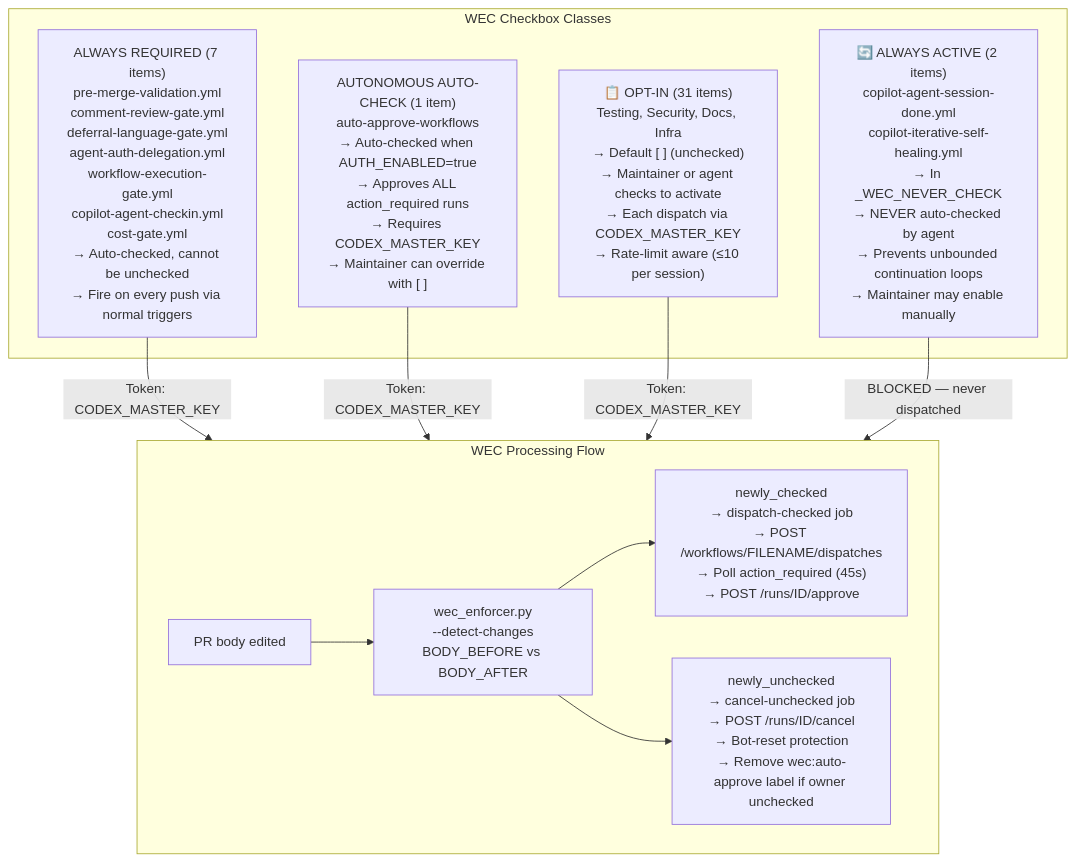
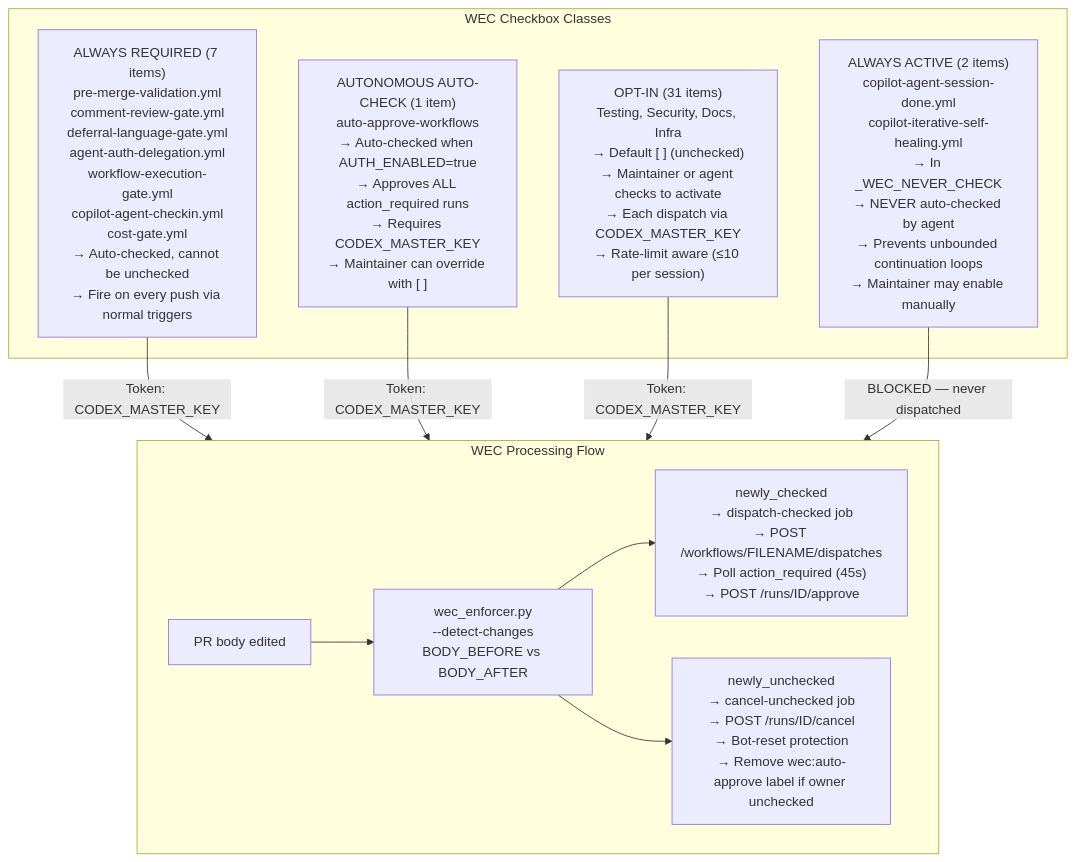
The fourth of 12 diagrams in docs/plans/AUTONOMOUS_PRIVILEGE_ARCHITECTURE.md (Aries-Serpent/_codex_), drawn with Mermaid before and after one commit. The commit also changed other lines of this file and 1989 other files, not shown here.

````diff
--- a/docs/plans/AUTONOMOUS_PRIVILEGE_ARCHITECTURE.md
+++ b/docs/plans/AUTONOMOUS_PRIVILEGE_ARCHITECTURE.md
@@ -150,23 +150,23 @@
 ```mermaid
 %%{init: {'accessibility': {'title': 'Flowchart showing "WEC Checkbox Classes", " ALWAYS REQUIRED (7 items)\npre-merge-validation.yml\ncomment-review-gate.yml\ndeferral-language-gate.yml\nagent-auth-delegation.yml\nworkflow-execution-gate.yml\ncopilot-agent-checkin.yml\ncost-gate.yml\n→ Auto-checked, cannot be unchecked\n→ Fire on every push via normal triggers"'}}%%
 graph TD
     subgraph WEC_CLASSES["WEC Checkbox Classes"]
         AR[" ALWAYS REQUIRED (7 items)\npre-merge-validation.yml\ncomment-review-gate.yml\ndeferral-language-gate.yml\nagent-auth-delegation.yml\nworkflow-execution-gate.yml\ncopilot-agent-checkin.yml\ncost-gate.yml\n→ Auto-checked, cannot be unchecked\n→ Fire on every push via normal triggers"]
 
-        AA["🔄 ALWAYS ACTIVE (2 items)\ncopilot-agent-session-done.yml\ncopilot-iterative-self-healing.yml\n→ In _WEC_NEVER_CHECK\n→ NEVER auto-checked by agent\n→ Prevents unbounded continuation loops\n→ Maintainer may enable manually"]
+        AA[" ALWAYS ACTIVE (2 items)\ncopilot-agent-session-done.yml\ncopilot-iterative-self-healing.yml\n→ In _WEC_NEVER_CHECK\n→ NEVER auto-checked by agent\n→ Prevents unbounded continuation loops\n→ Maintainer may enable manually"]
 
         AUT[" AUTONOMOUS AUTO-CHECK (1 item)\nauto-approve-workflows\n→ Auto-checked when AUTH_ENABLED=true\n→ Approves ALL action_required runs\n→ Requires CODEX_MASTER_KEY\n→ Maintainer can override with [ ]"]
 
-        OPT["📋 OPT-IN (31 items)\nTesting, Security, Docs, Infra\n→ Default [ ] (unchecked)\n→ Maintainer or agent checks to activate\n→ Each dispatch via CODEX_MASTER_KEY\n→ Rate-limit aware (≤10 per session)"]
+        OPT[" OPT-IN (31 items)\nTesting, Security, Docs, Infra\n→ Default [ ] (unchecked)\n→ Maintainer or agent checks to activate\n→ Each dispatch via CODEX_MASTER_KEY\n→ Rate-limit aware (≤10 per session)"]
     end
 
     subgraph WEC_FLOW["WEC Processing Flow"]
         EDIT["PR body edited"] --> DETECT["wec_enforcer.py\n--detect-changes\nBODY_BEFORE vs BODY_AFTER"]
         DETECT --> NEWLY_CHECKED["newly_checked\n→ dispatch-checked job\n→ POST /workflows/FILENAME/dispatches\n→ Poll action_required (45s)\n→ POST /runs/ID/approve"]
         DETECT --> NEWLY_UNCHECKED["newly_unchecked\n→ cancel-unchecked job\n→ POST /runs/ID/cancel\n→ Bot-reset protection\n→ Remove wec:auto-approve label if owner unchecked"]
     end
 
     AR & AUT -->|"Token: CODEX_MASTER_KEY"| WEC_FLOW
     OPT -->|"Token: CODEX_MASTER_KEY"| WEC_FLOW
     AA -->|"BLOCKED — never dispatched"| WEC_FLOW
 ```
````
